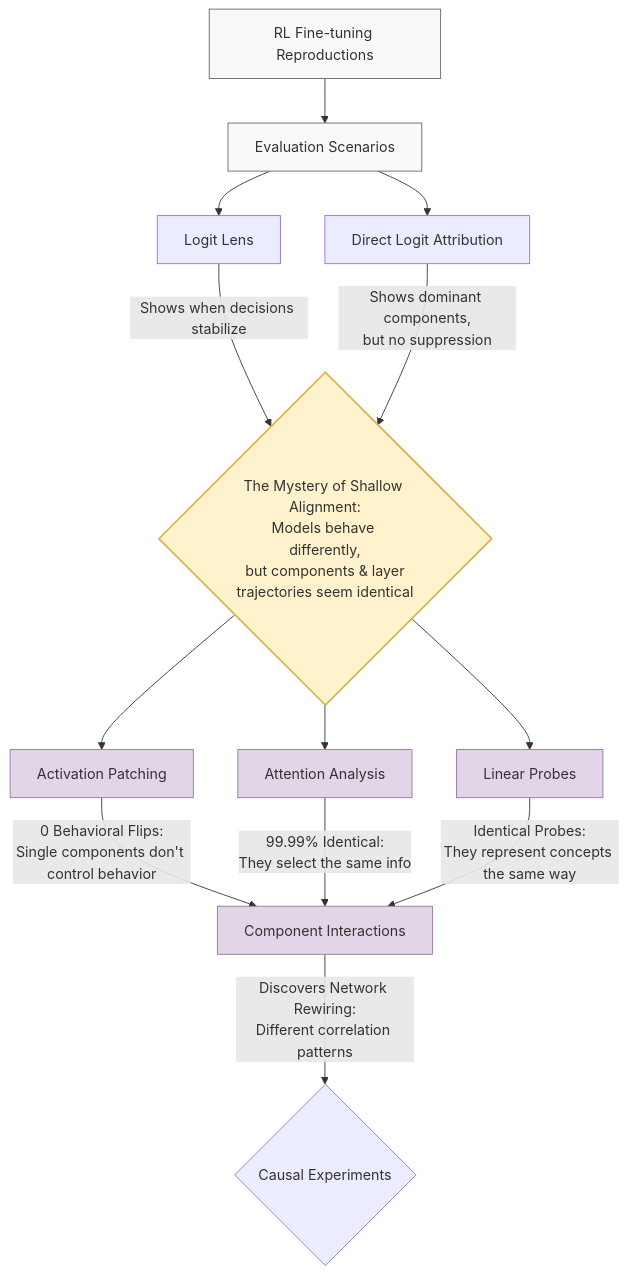
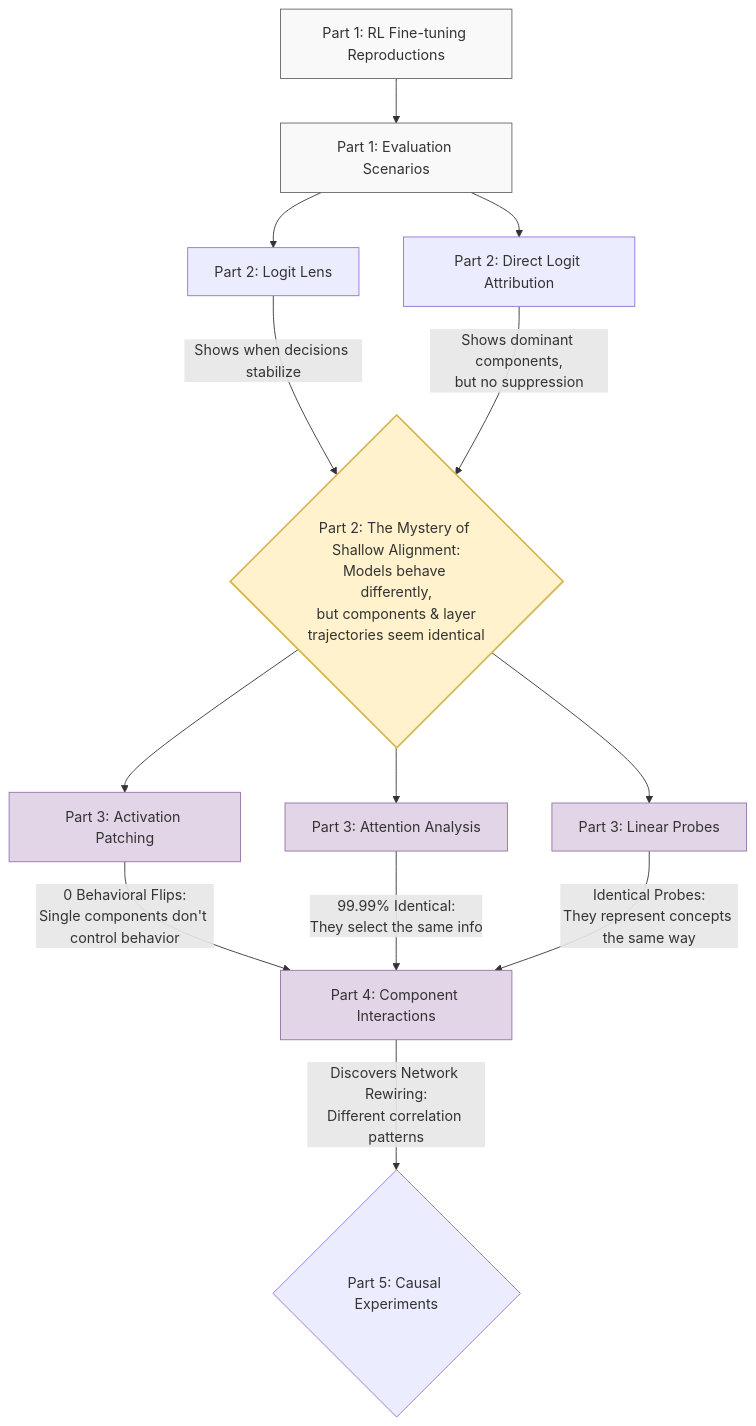
The fourth of 5 diagrams in WRITE_UP.md (tylercrosse/LLM_morality), drawn with Mermaid before and after one commit. The commit also changed other lines of this file and 1 other file, not shown here.

````diff
--- a/WRITE_UP.md
+++ b/WRITE_UP.md
@@ -602,38 +463,38 @@
 ```mermaid
 graph TD
     classDef setup fill:#f9f9f9,stroke:#666,stroke-width:1px;
     classDef feature fill:#fff2cc,stroke:#d6b656,stroke-width:2px;
     classDef test fill:#e1d5e7,stroke:#9673a6,stroke-width:1px;
 
     %% Base Setup
-    FT[RL Fine-tuning Reproductions] --> Eval[Evaluation Scenarios]
-    Eval --> LL[Logit Lens]
-    Eval --> DLA[Direct Logit Attribution]
+    FT[Part 1: RL Fine-tuning Reproductions] --> Eval[Part 1: Evaluation Scenarios]
+    Eval --> LL[Part 2: Logit Lens]
+    Eval --> DLA[Part 2: Direct Logit Attribution]
 
     class FT,Eval setup;
 
     %% The Mystery
-    LL -- Shows when decisions stabilize --> Mystery{The Mystery of Shallow Alignment:<br>Models behave differently,<br>but components & layer<br>trajectories seem identical}
+    LL -- Shows when decisions stabilize --> Mystery{Part 2: The Mystery of Shallow Alignment:<br>Models behave differently,<br>but components & layer<br>trajectories seem identical}
     DLA -- Shows dominant components,<br>but no suppression --> Mystery
 
     class Mystery feature;
 
     %% Hypothesis Testing
-    Mystery --> AP[Activation Patching]
-    Mystery --> Attn[Attention Analysis]
-    Mystery --> Probes[Linear Probes]
+    Mystery --> AP[Part 3: Activation Patching]
+    Mystery --> Attn[Part 3: Attention Analysis]
+    Mystery --> Probes[Part 3: Linear Probes]
 
     class AP,Attn,Probes test;
 
     %% Null Results -> New Hypothesis
-    AP -- "0 Behavioral Flips:<br>Single components don't control behavior" --> Interact[Component Interactions]
+    AP -- "0 Behavioral Flips:<br>Single components don't control behavior" --> Interact[Part 4: Component Interactions]
     Attn -- "99.99% Identical:<br>They select the same info" --> Interact
     Probes -- "Identical Probes:<br>They represent concepts the same way" --> Interact
 
     class Interact test;
 
     %% The Breakthrough
-    Interact -- "Discovers Network Rewiring:<br>Different correlation patterns" --> Causal{Causal Experiments}
+    Interact -- "Discovers Network Rewiring:<br>Different correlation patterns" --> Causal{Part 5: Causal Experiments}
 
     class Causal causal;
 ```
````
